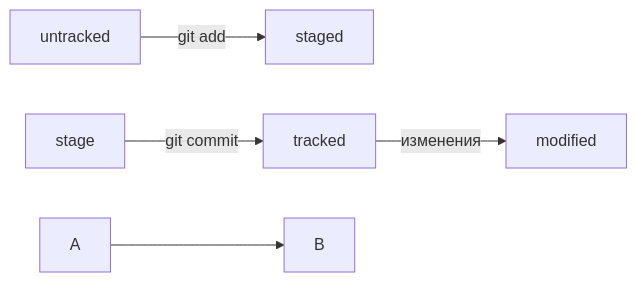
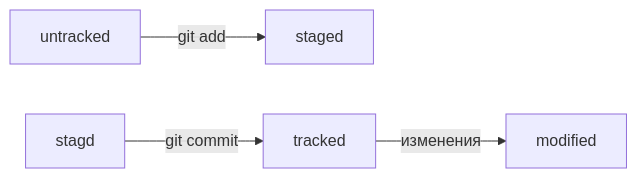
The diagram in README.md (Tikhovskoy/-Git), drawn with Mermaid before and after one commit. The commit also changed other lines of this file, not shown here.

Commit message:
дополнил схему

````diff
--- a/README.md
+++ b/README.md
@@ -58,10 +58,8 @@
 ```mermaid
 graph LR;
 untracked -- "git add"--> staged
-stage -- "git commit"--> tracked
+stagd -- "git commit"--> tracked
 tracked -- "изменения"--> modified
 
-%% стрелка без текста для примера:
-A --> B;
  
 ```
````
